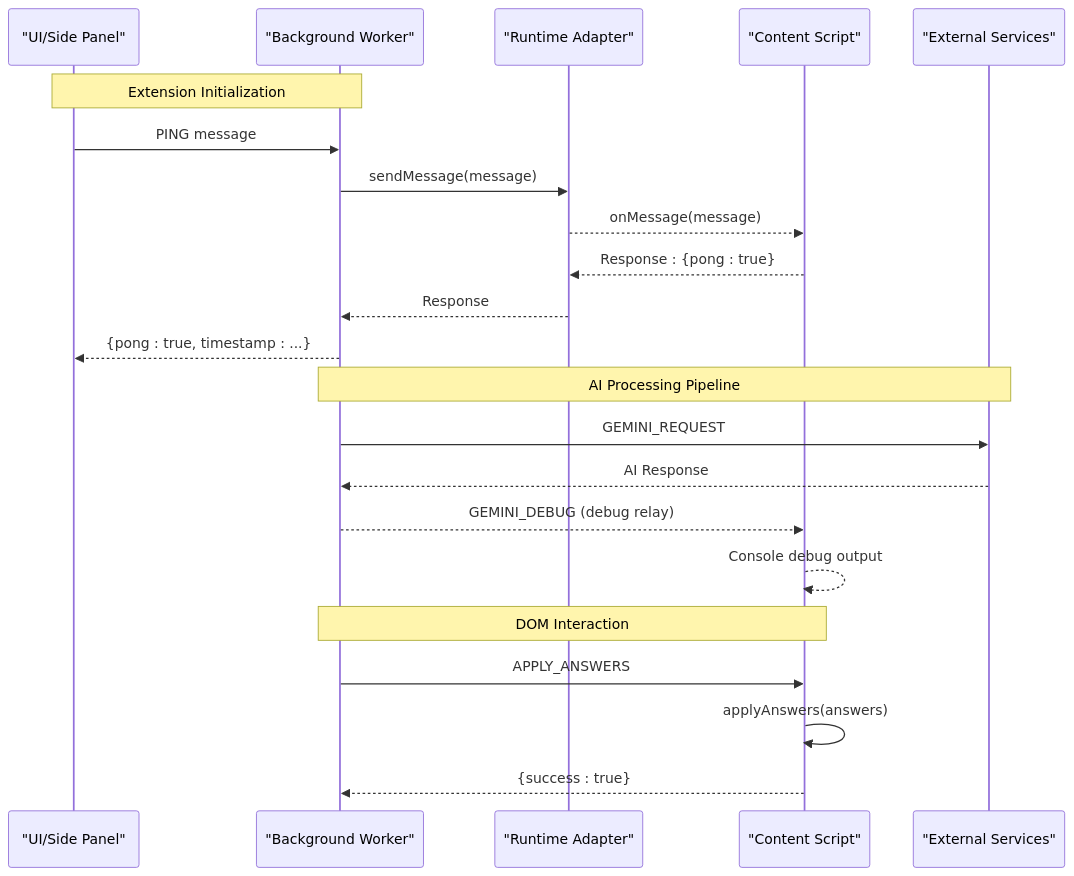
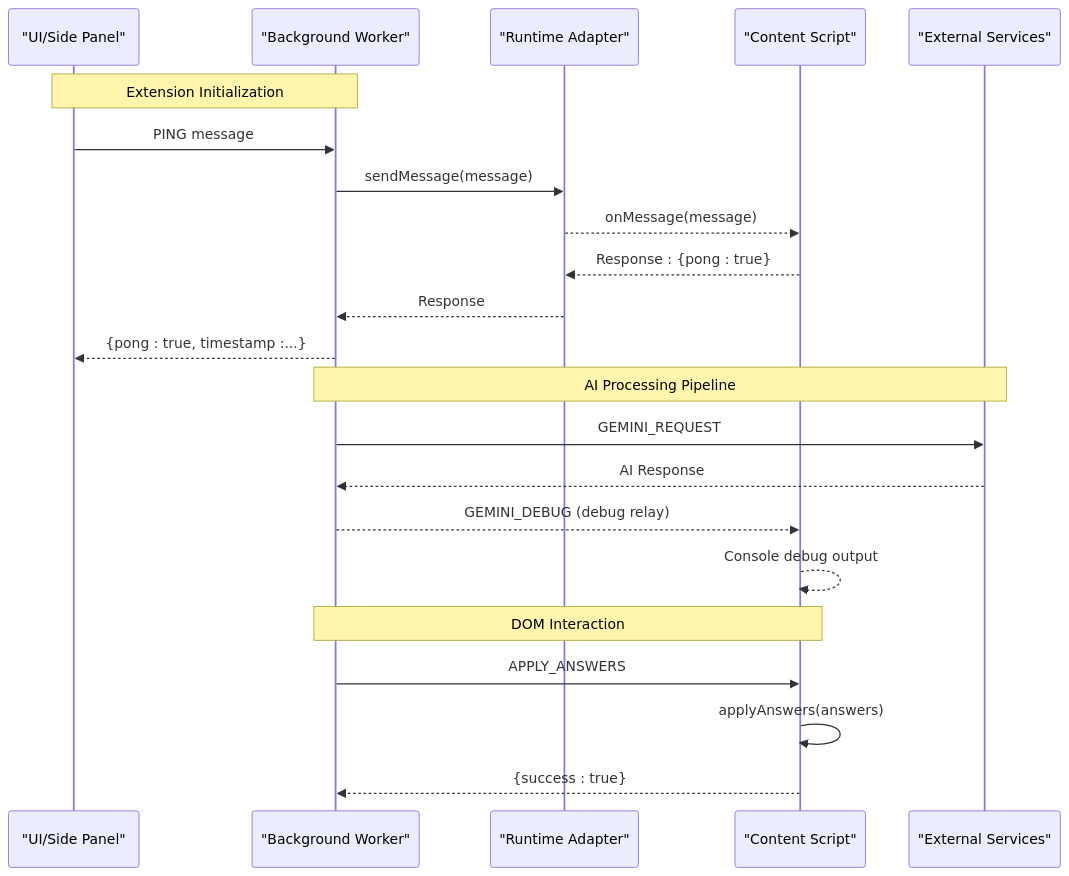
The second of 6 diagrams in src/data/docs/mooc-utils/Assignment Solver Extension/Core Modules/Core Utilities.md (tashifkhan/tashif.codes), drawn with Mermaid before and after one commit. The commit also changed other lines of this file and 2128 other files, not shown here.

First line of the commit message:
docs: replace raster diagram images with native Mermaid across project guides

````diff
--- a/src/data/docs/mooc-utils/Assignment Solver Extension/Core Modules/Core Utilities.md
+++ b/src/data/docs/mooc-utils/Assignment Solver Extension/Core Modules/Core Utilities.md
@@ -105,24 +103,24 @@
 ```mermaid
 sequenceDiagram
 participant UI as "UI/Side Panel"
 participant BG as "Background Worker"
 participant RT as "Runtime Adapter"
 participant CS as "Content Script"
 participant EXT as "External Services"
 Note over UI,BG : Extension Initialization
 UI->>BG : PING message
 BG->>RT : sendMessage(message)
 RT-->>CS : onMessage(message)
 CS-->>RT : Response : {pong : true}
 RT-->>BG : Response
-BG-->>UI : {pong : true, timestamp : ...}
+BG-->>UI : {pong : true, timestamp :...}
 Note over BG,EXT : AI Processing Pipeline
 BG->>EXT : GEMINI_REQUEST
 EXT-->>BG : AI Response
 BG-->>CS : GEMINI_DEBUG (debug relay)
 CS-->>CS : Console debug output
 Note over CS,BG : DOM Interaction
 BG->>CS : APPLY_ANSWERS
 CS->>CS : applyAnswers(answers)
 CS-->>BG : {success : true}
 ```
````
